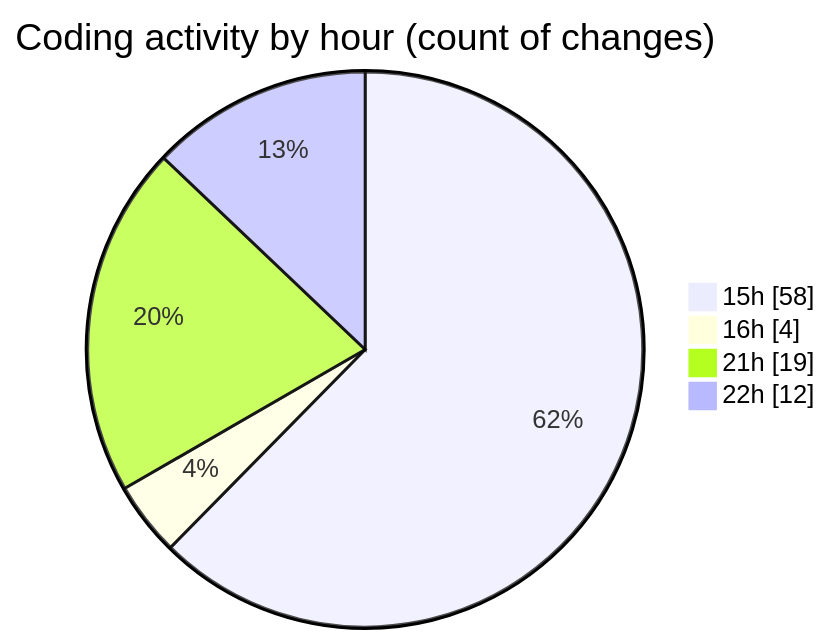
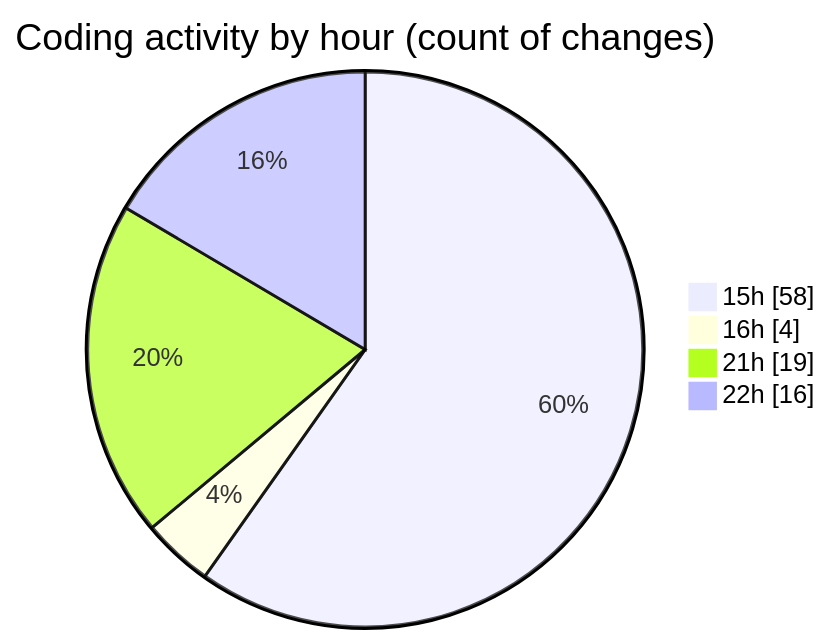
The second of 2 diagrams in 2026-01-22/cda-web-components/README.md (momahboobian/code-tracking), drawn with Mermaid before and after one commit. The commit also changed other lines of this file and 1 other file, not shown here.

````diff
--- a/2026-01-22/cda-web-components/README.md
+++ b/2026-01-22/cda-web-components/README.md
@@ -71,8 +71,8 @@
 ```mermaid
 pie showData
 title Coding activity by hour (count of changes)
 "15h" : 58
 "16h" : 4
 "21h" : 19
-"22h" : 12
+"22h" : 16
 ```
````
